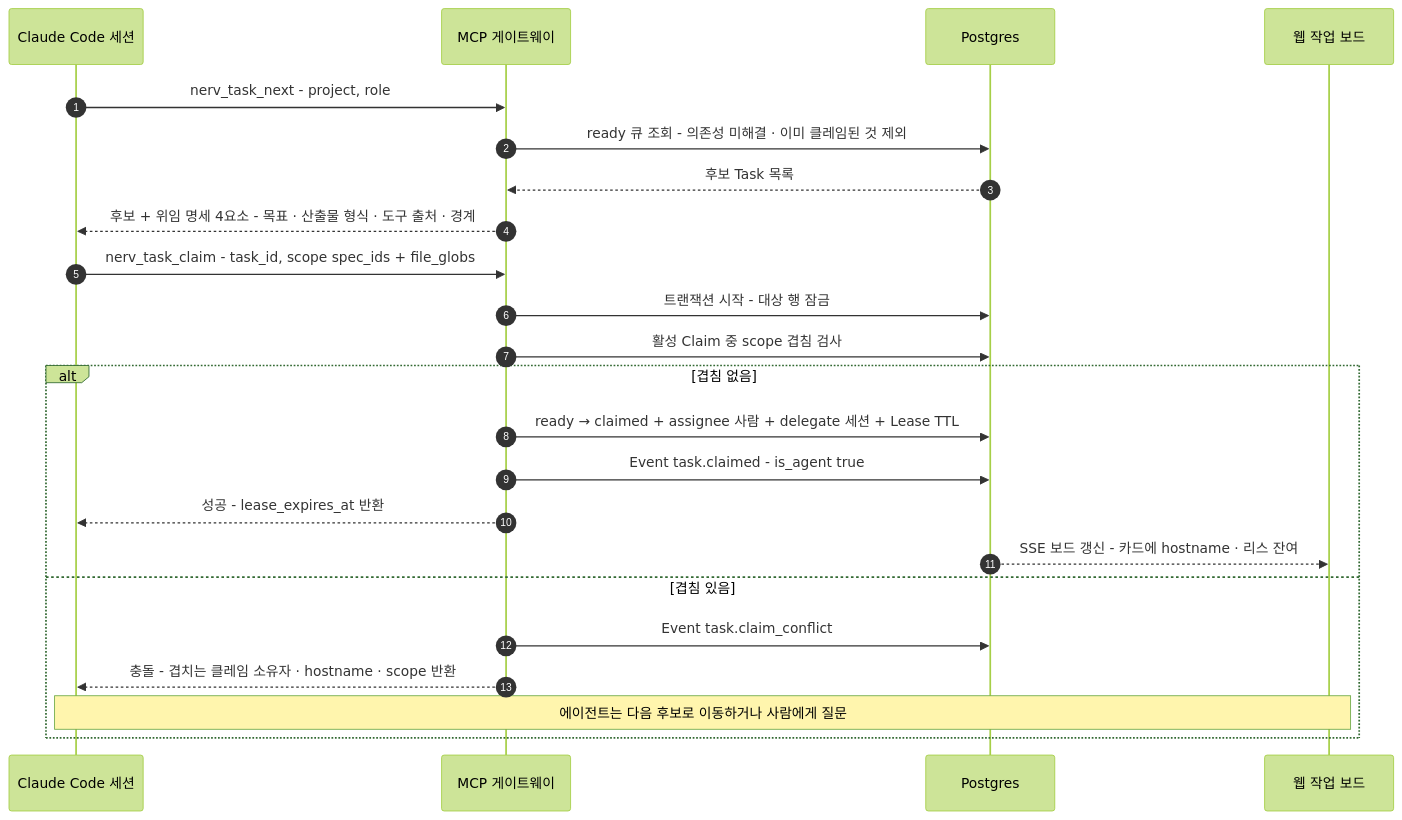
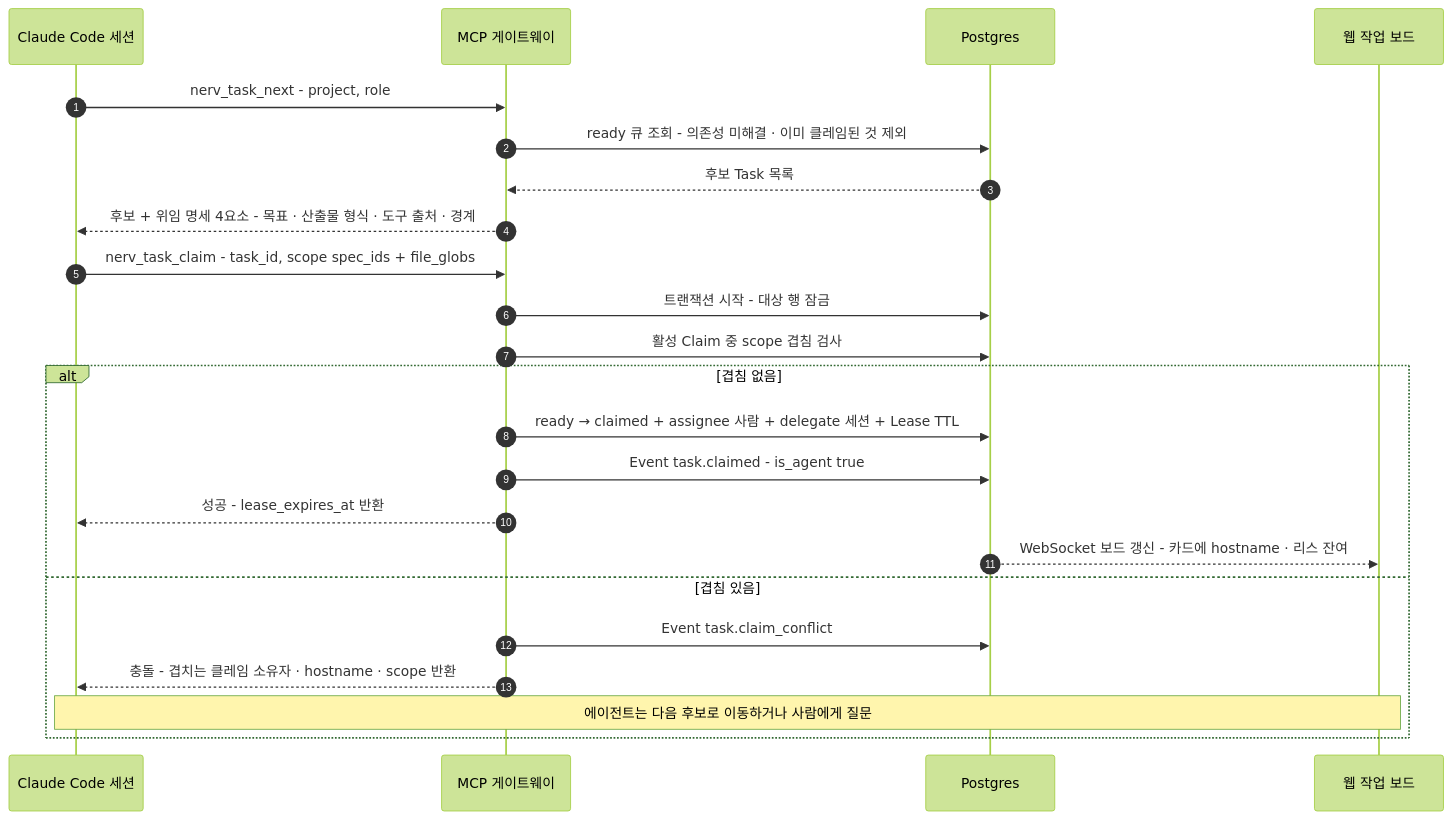
One commit to worker-ants/nerv changed the third of 6 diagrams in docs/03-proposal/architecture.md. Above: the diagram before and after it, drawn with Mermaid (forest theme). The commit also changed other lines of this file and 38 other files, not shown here.

First line of the commit message:
docs: MVP 구체화 4부 신설 (md+html 8편) + 실시간 채널 WebSocket 확정

````diff
--- a/docs/03-proposal/architecture.md
+++ b/docs/03-proposal/architecture.md
@@ -206,25 +206,25 @@
 ```mermaid
 sequenceDiagram
   autonumber
   participant S as Claude Code 세션
   participant M as MCP 게이트웨이
   participant DB as Postgres
   participant B as 웹 작업 보드
   S->>M: nerv_task_next - project, role
   M->>DB: ready 큐 조회 - 의존성 미해결 · 이미 클레임된 것 제외
   DB-->>M: 후보 Task 목록
   M-->>S: 후보 + 위임 명세 4요소 - 목표 · 산출물 형식 · 도구 출처 · 경계
   S->>M: nerv_task_claim - task_id, scope spec_ids + file_globs
   M->>DB: 트랜잭션 시작 - 대상 행 잠금
   M->>DB: 활성 Claim 중 scope 겹침 검사
   alt 겹침 없음
     M->>DB: ready → claimed + assignee 사람 + delegate 세션 + Lease TTL
     M->>DB: Event task.claimed - is_agent true
     M-->>S: 성공 - lease_expires_at 반환
-    DB-->>B: SSE 보드 갱신 - 카드에 hostname · 리스 잔여
+    DB-->>B: WebSocket 보드 갱신 - 카드에 hostname · 리스 잔여
   else 겹침 있음
     M->>DB: Event task.claim_conflict
     M-->>S: 충돌 - 겹치는 클레임 소유자 · hostname · scope 반환
     Note over S,B: 에이전트는 다음 후보로 이동하거나 사람에게 질문
   end
 ```
````
